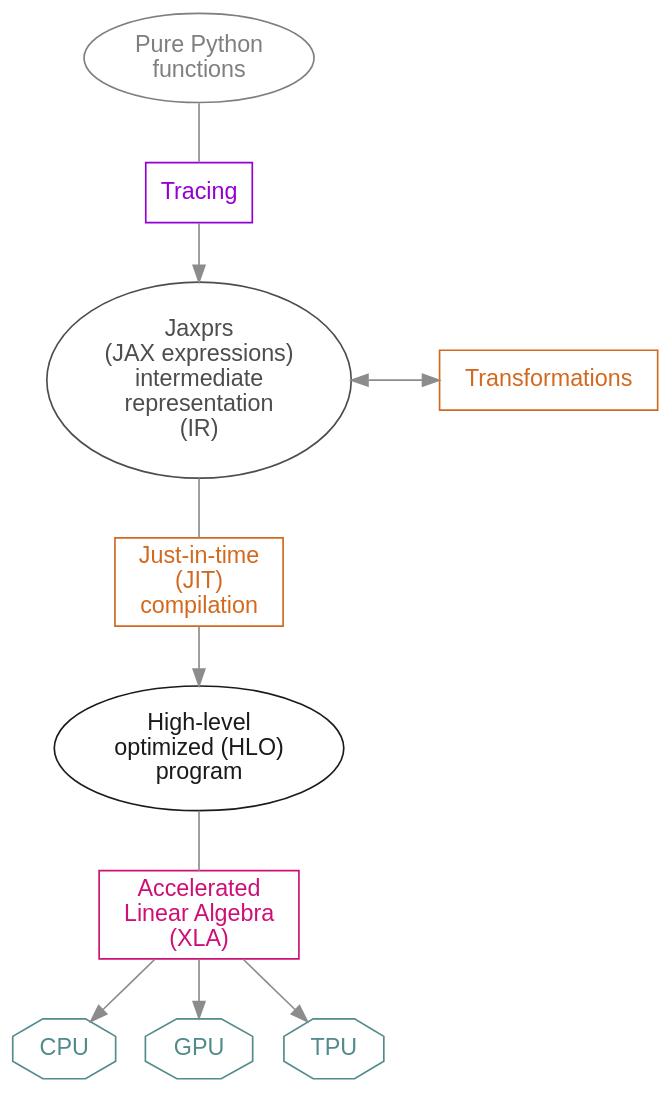
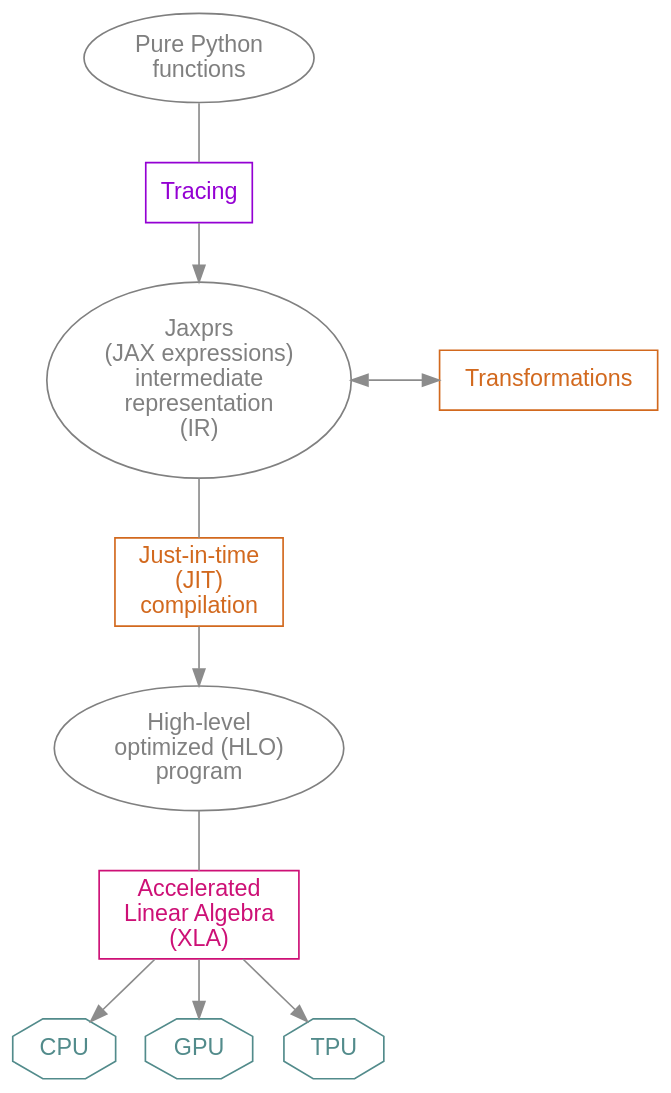
One commit to WestDRI/arc-training changed the diagram in ai/jx/jx_map.qmd. Above: the diagram before and after it, drawn with Graphviz. The commit also changed 20 other files, not shown here.

Commit message:
fix remaining graphviz graphs for dark mode

````diff
--- a/ai/jx/jx_map.qmd
+++ b/ai/jx/jx_map.qmd
@@ -16,40 +16,40 @@
 ```{dot}
 //| echo: false
 //| fig-height: 800px
 
 strict digraph {
 
 bgcolor="transparent"
 node [fontname="Inconsolata, sans-serif"]
 edge [color=gray55]
 
 tracer  [label=Tracing, shape=rectangle, color=darkviolet, fontcolor=darkviolet]
 jit [label=" Just-in-time \n(JIT)\ncompilation", shape=rectangle, color=chocolate, fontcolor=chocolate]
 xla [label="Accelerated\n Linear Algebra \n(XLA)", shape=rectangle, color=deeppink3, fontcolor=deeppink3]
 transform [label=" Transformations ", shape=rectangle, color=chocolate, fontcolor=chocolate]
 
 CPU [shape=octagon, color=darkslategray4, fontcolor=darkslategray4]
 GPU [shape=octagon, color=darkslategray4, fontcolor=darkslategray4]
 TPU [shape=octagon, color=darkslategray4, fontcolor=darkslategray4]
 
 
 py [label="Pure Python\nfunctions", color=gray50, fontcolor=gray50]
-jaxpr [label="Jaxprs\n(JAX expressions)\nintermediate\nrepresentation\n(IR)", color=gray30, fontcolor=gray30]
-hlo [label="High-level\noptimized (HLO)\nprogram", color=gray10, fontcolor=gray10]
+jaxpr [label="Jaxprs\n(JAX expressions)\nintermediate\nrepresentation\n(IR)", color=gray, fontcolor=gray]
+hlo [label="High-level\noptimized (HLO)\nprogram", color=gray, fontcolor=gray]
 
 py -> tracer [dir=none]
 tracer -> jaxpr
 jaxpr -> jit [dir=none]
 jit -> hlo
 hlo -> xla [dir=none]
 
 xla -> CPU [shape=doubleoctagon]
 xla -> GPU
 xla -> TPU
 
 jaxpr -> transform [dir=both, minlen=3]
 
 {rank=same; jaxpr transform}
 
 }
 ```
````
